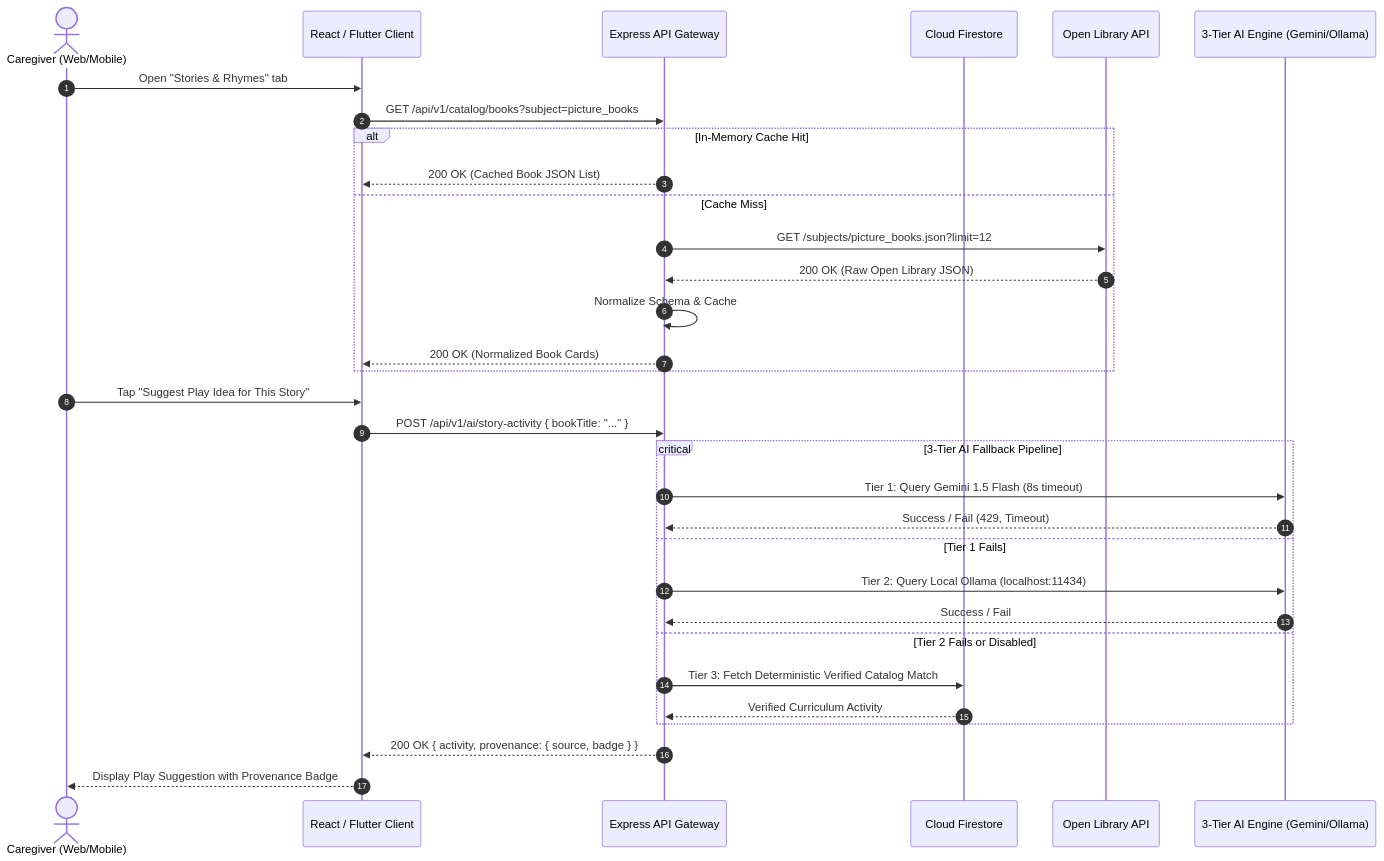
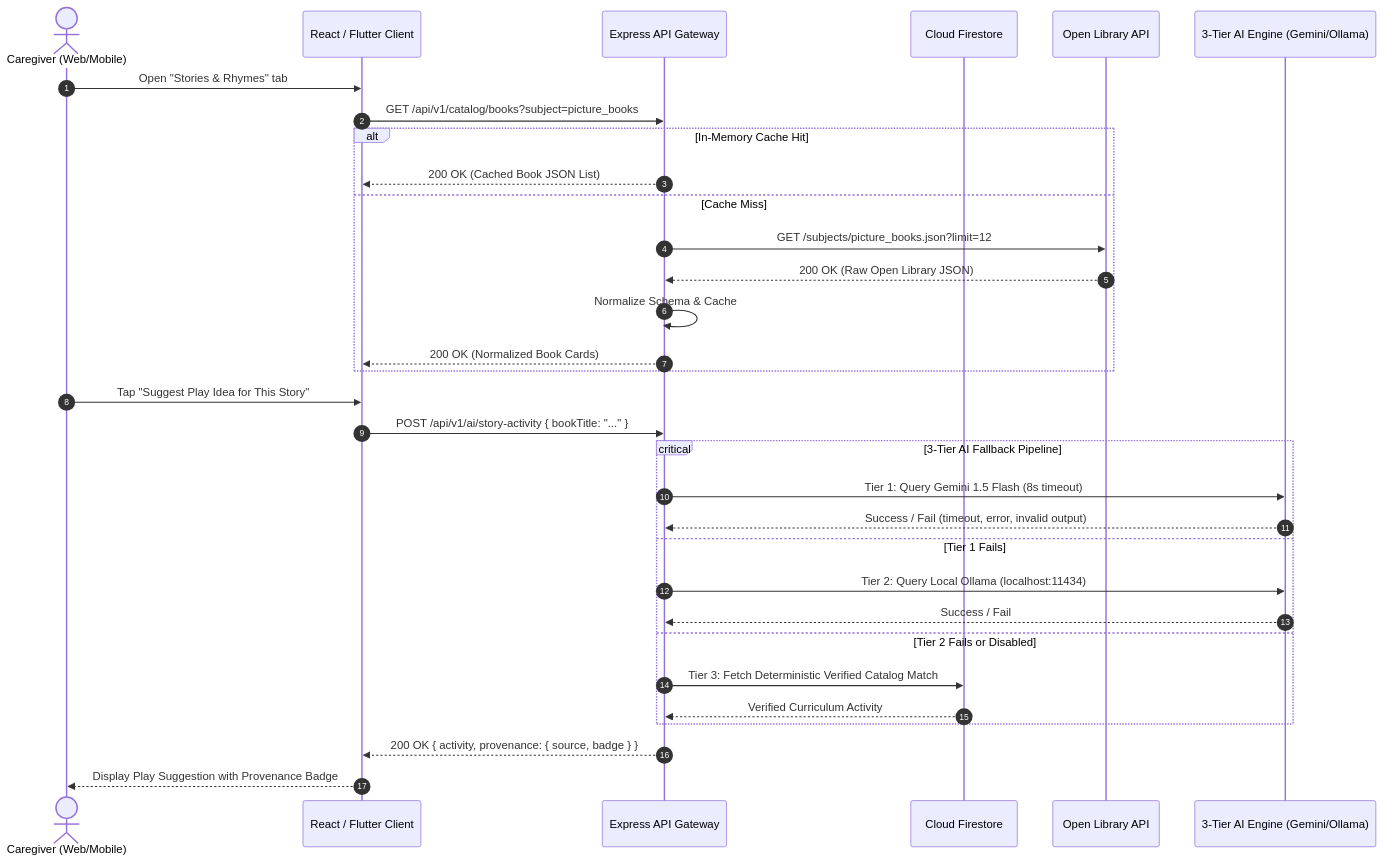
One commit to Thesis-Titans/littlesteps-docs changed the second of 2 diagrams in docs/api-reference.md. Above: the diagram before and after it, drawn with Mermaid. The commit also changed other lines of this file and 2 other files, not shown here.

First line of the commit message:
docs(api): document the AI recommendations endpoint, its rate limit and caching (#74)

````diff
--- a/docs/api-reference.md
+++ b/docs/api-reference.md
@@ -43,36 +43,36 @@
 ```mermaid
 sequenceDiagram
   autonumber
   actor Parent as Caregiver (Web/Mobile)
   participant Client as React / Flutter Client
   participant API as Express API Gateway
   participant DB as Cloud Firestore
   participant ExtData as Open Library API
   participant AI as 3-Tier AI Engine (Gemini/Ollama)
 
   Parent->>Client: Open "Stories & Rhymes" tab
   Client->>API: GET /api/v1/catalog/books?subject=picture_books
   alt In-Memory Cache Hit
     API-->>Client: 200 OK (Cached Book JSON List)
   else Cache Miss
     API->>ExtData: GET /subjects/picture_books.json?limit=12
     ExtData-->>API: 200 OK (Raw Open Library JSON)
     API->>API: Normalize Schema & Cache
     API-->>Client: 200 OK (Normalized Book Cards)
   end
 
   Parent->>Client: Tap "Suggest Play Idea for This Story"
   Client->>API: POST /api/v1/ai/story-activity { bookTitle: "..." }
   critical 3-Tier AI Fallback Pipeline
     API->>AI: Tier 1: Query Gemini 1.5 Flash (8s timeout)
-    AI-->>API: Success / Fail (429, Timeout)
+    AI-->>API: Success / Fail (timeout, error, invalid output)
   option Tier 1 Fails
     API->>AI: Tier 2: Query Local Ollama (localhost:11434)
     AI-->>API: Success / Fail
   option Tier 2 Fails or Disabled
     API->>DB: Tier 3: Fetch Deterministic Verified Catalog Match
     DB-->>API: Verified Curriculum Activity
   end
   API-->>Client: 200 OK { activity, provenance: { source, badge } }
   Client-->>Parent: Display Play Suggestion with Provenance Badge
 ```
````
